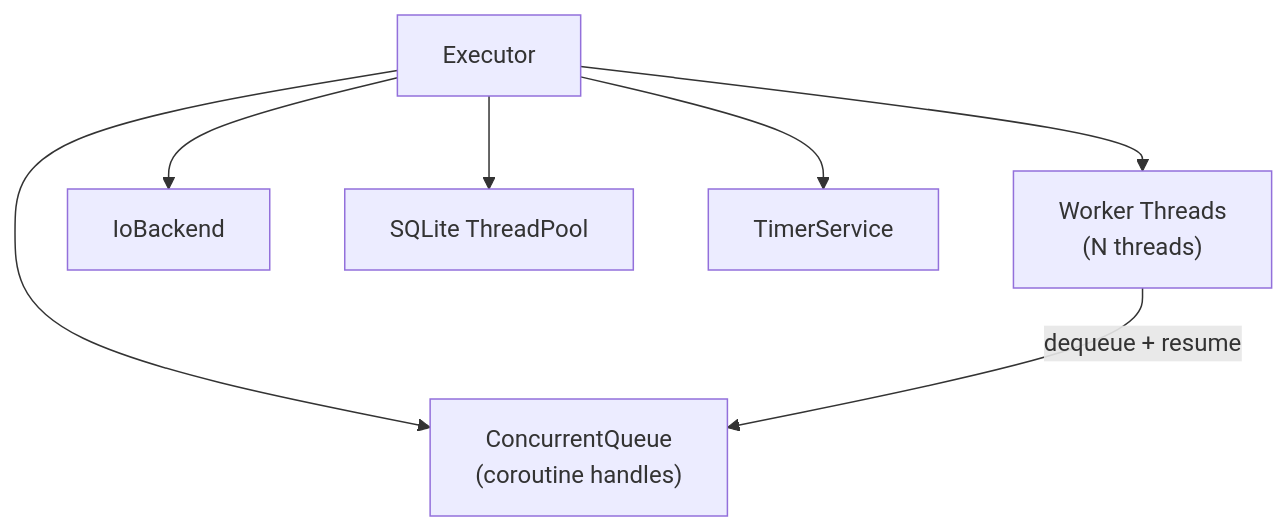
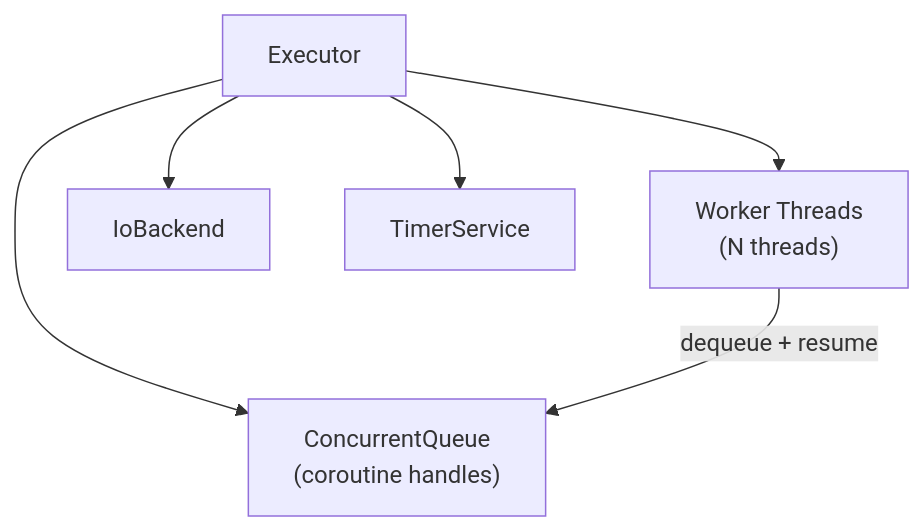
Before and after one commit to asparsa/ClarIOn: the diagram in docs/source/cpp_api/pipeline/executors.rst, drawn with Mermaid. The commit also changed other lines of this file and 46 other files, not shown here.

```diff
--- a/docs/source/cpp_api/pipeline/executors.rst
+++ b/docs/source/cpp_api/pipeline/executors.rst
@@ -11,16 +11,14 @@
 .. mermaid::
 
    graph TB
        Executor["Executor"]
        Workers["Worker Threads<br/>(N threads)"]
        RunQueue["ConcurrentQueue<br/>(coroutine handles)"]
        IoBack["IoBackend"]
-       SqlPool["SQLite ThreadPool"]
        Timer["TimerService"]
 
        Executor --> Workers
        Executor --> RunQueue
        Executor --> IoBack
-       Executor --> SqlPool
        Executor --> Timer
        Workers --> |dequeue + resume| RunQueue
```
